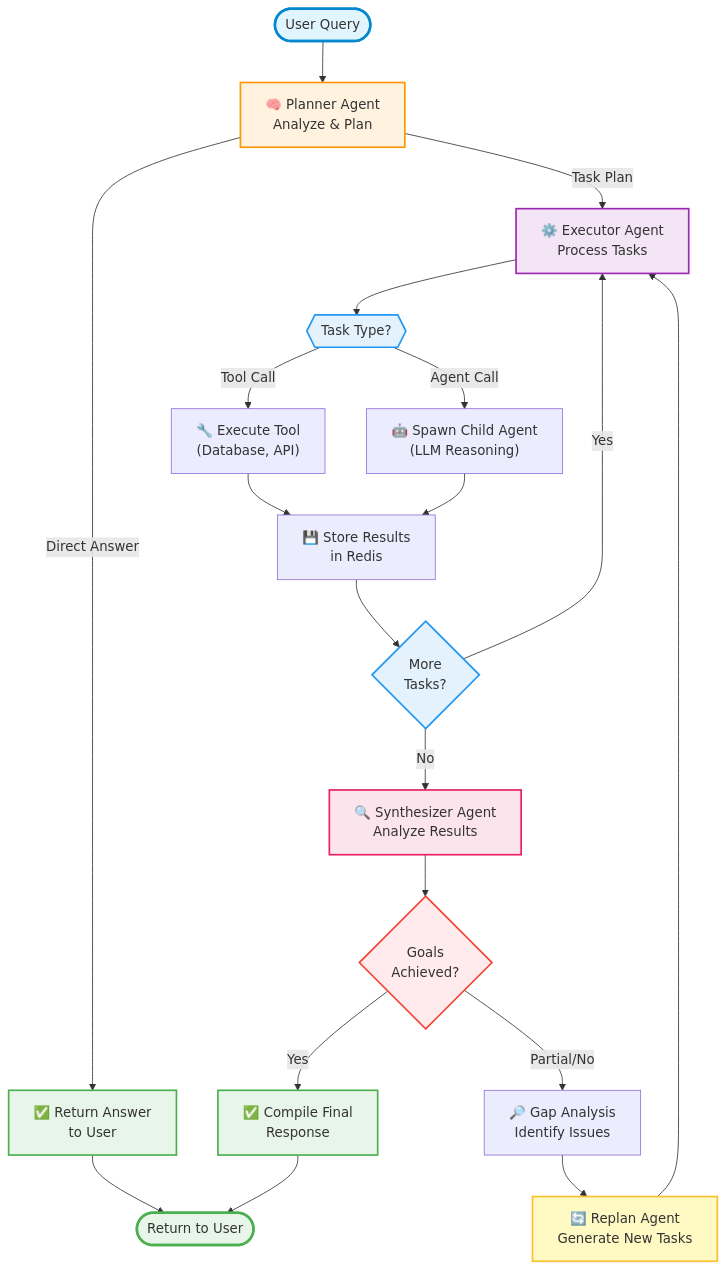
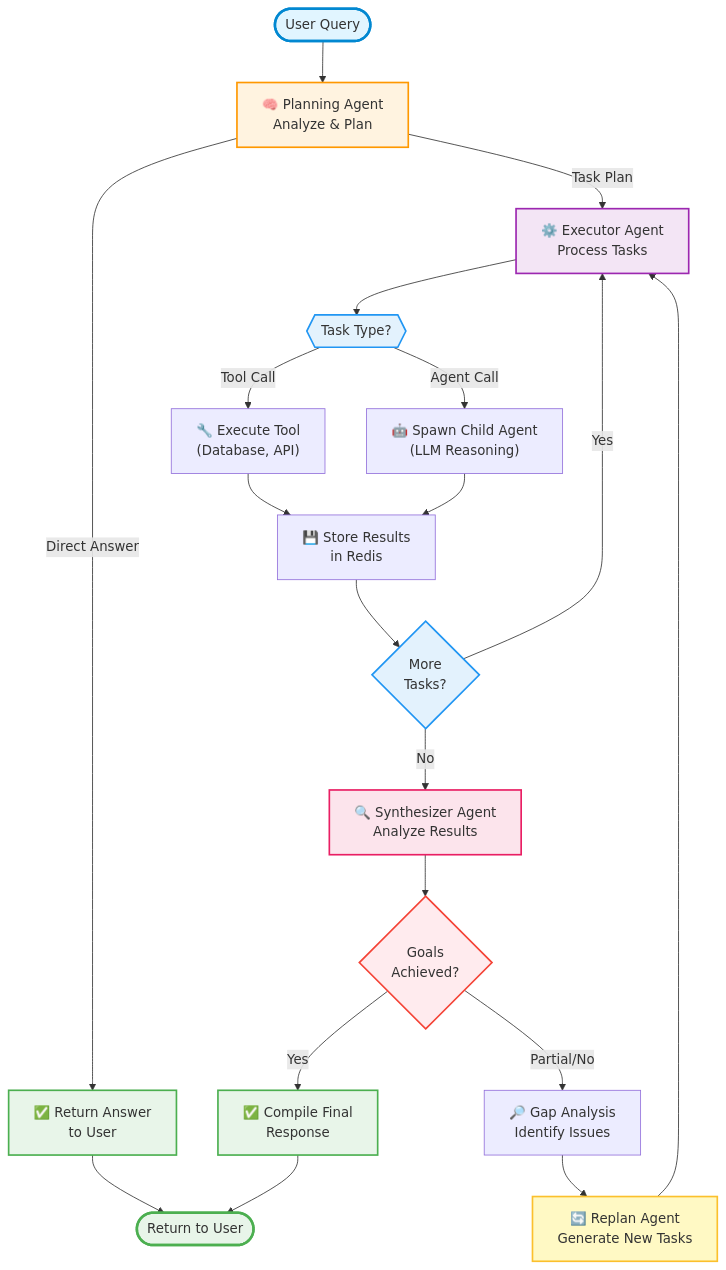
The diagram in docs/plan-execute-synthesize-design.md (rahulsonar/content-creator-planner), drawn with Mermaid before and after one commit. The commit also changed other lines of this file and 2 other files, not shown here.

````diff
--- a/docs/plan-execute-synthesize-design.md
+++ b/docs/plan-execute-synthesize-design.md
@@ -35,40 +35,40 @@
 ```mermaid
 flowchart TD
-    Start(["User Query"]) --> Planner["🧠 Planner Agent<br/>Analyze & Plan"]
+    Start(["User Query"]) --> Planner["🧠 Planning Agent<br/>Analyze & Plan"]
     
     Planner -->|Direct Answer| DirectResponse["✅ Return Answer<br/>to User"]
     Planner -->|Task Plan| Execute["⚙️ Executor Agent<br/>Process Tasks"]
     
     Execute --> TaskExec{{"Task Type?"}}
     TaskExec -->|Tool Call| ToolExec["🔧 Execute Tool<br/>(Database, API)"]
     TaskExec -->|Agent Call| AgentExec["🤖 Spawn Child Agent<br/>(LLM Reasoning)"]
     
     ToolExec --> StoreResult["💾 Store Results<br/>in Redis"]
     AgentExec --> StoreResult
     
     StoreResult --> MoreTasks{"More<br/>Tasks?"}
     MoreTasks -->|Yes| Execute
     MoreTasks -->|No| Synthesize["🔍 Synthesizer Agent<br/>Analyze Results"]
     
     Synthesize --> GoalCheck{"Goals<br/>Achieved?"}
     GoalCheck -->|Yes| Complete["✅ Compile Final<br/>Response"]
     GoalCheck -->|Partial/No| GapAnalysis["🔎 Gap Analysis<br/>Identify Issues"]
     
     GapAnalysis --> Replan["🔄 Replan Agent<br/>Generate New Tasks"]
     Replan --> Execute
     
     Complete --> End(["Return to User"])
     DirectResponse --> End
     
     style Start fill:#e1f5ff,stroke:#0288d1,stroke-width:3px
     style End fill:#e8f5e9,stroke:#4caf50,stroke-width:3px
     style Planner fill:#fff3e0,stroke:#ff9800,stroke-width:2px
     style Execute fill:#f3e5f5,stroke:#9c27b0,stroke-width:2px
     style Synthesize fill:#fce4ec,stroke:#e91e63,stroke-width:2px
     style Replan fill:#fff9c4,stroke:#fbc02d,stroke-width:2px
     style Complete fill:#e8f5e9,stroke:#4caf50,stroke-width:2px
     style DirectResponse fill:#e8f5e9,stroke:#4caf50,stroke-width:2px
     style GoalCheck fill:#ffebee,stroke:#f44336,stroke-width:2px
     style TaskExec fill:#e3f2fd,stroke:#2196f3,stroke-width:2px
     style MoreTasks fill:#e3f2fd,stroke:#2196f3,stroke-width:2px
 ```
````
